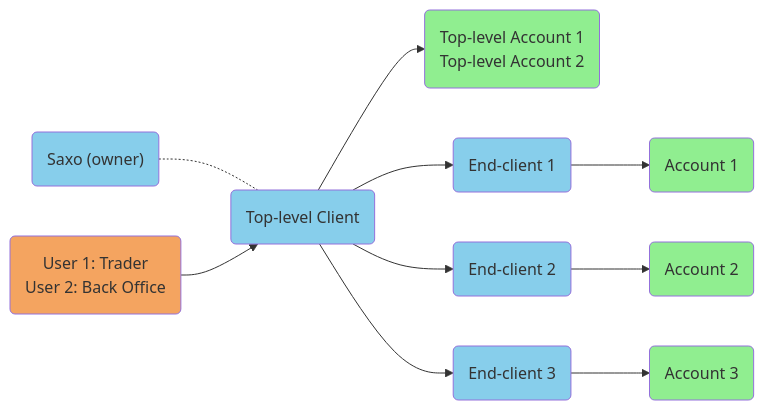
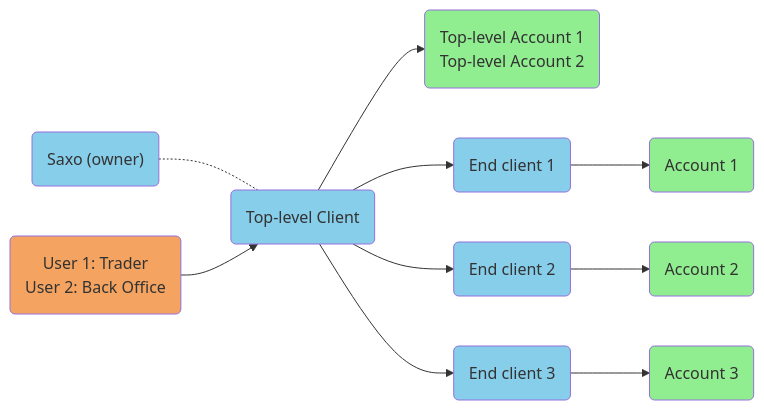
One commit to gidven/saxo-openapi-guide changed the third of 3 diagrams in docs/basics/core-business-concepts/client-user-account.md. Above: the diagram before and after it, drawn with Mermaid. The commit also changed other lines of this file, not shown here.

````diff
--- a/docs/basics/core-business-concepts/client-user-account.md
+++ b/docs/basics/core-business-concepts/client-user-account.md
@@ -50,25 +50,25 @@
 ```mermaid
 graph LR
     O("Saxo (owner)") -.- TLC(Top-level Client)
     TLU(User 1: Trader <br/> User 2: Back Office) --> TLC
     TLC --> TLA(Top-level Account 1 <br/> Top-level Account 2)
 
-    TLC --> C1(End-client 1)
-    TLC --> C2(End-client 2)
-    TLC --> C3(End-client 3)
+    TLC --> C1(End client 1)
+    TLC --> C2(End client 2)
+    TLC --> C3(End client 3)
 
     C1 --> A1(Account 1)
     C2 --> A2(Account 2)
     C3 --> A3(Account 3)
 
     style O fill:SkyBlue
     style TLC fill:SkyBlue
     style C1 fill:SkyBlue
     style C2 fill:SkyBlue
     style C3 fill:SkyBlue
     style TLU fill:SandyBrown
     style TLA fill:LightGreen
     style A1 fill:LightGreen
     style A2 fill:LightGreen
     style A3 fill:LightGreen
 ```
````
